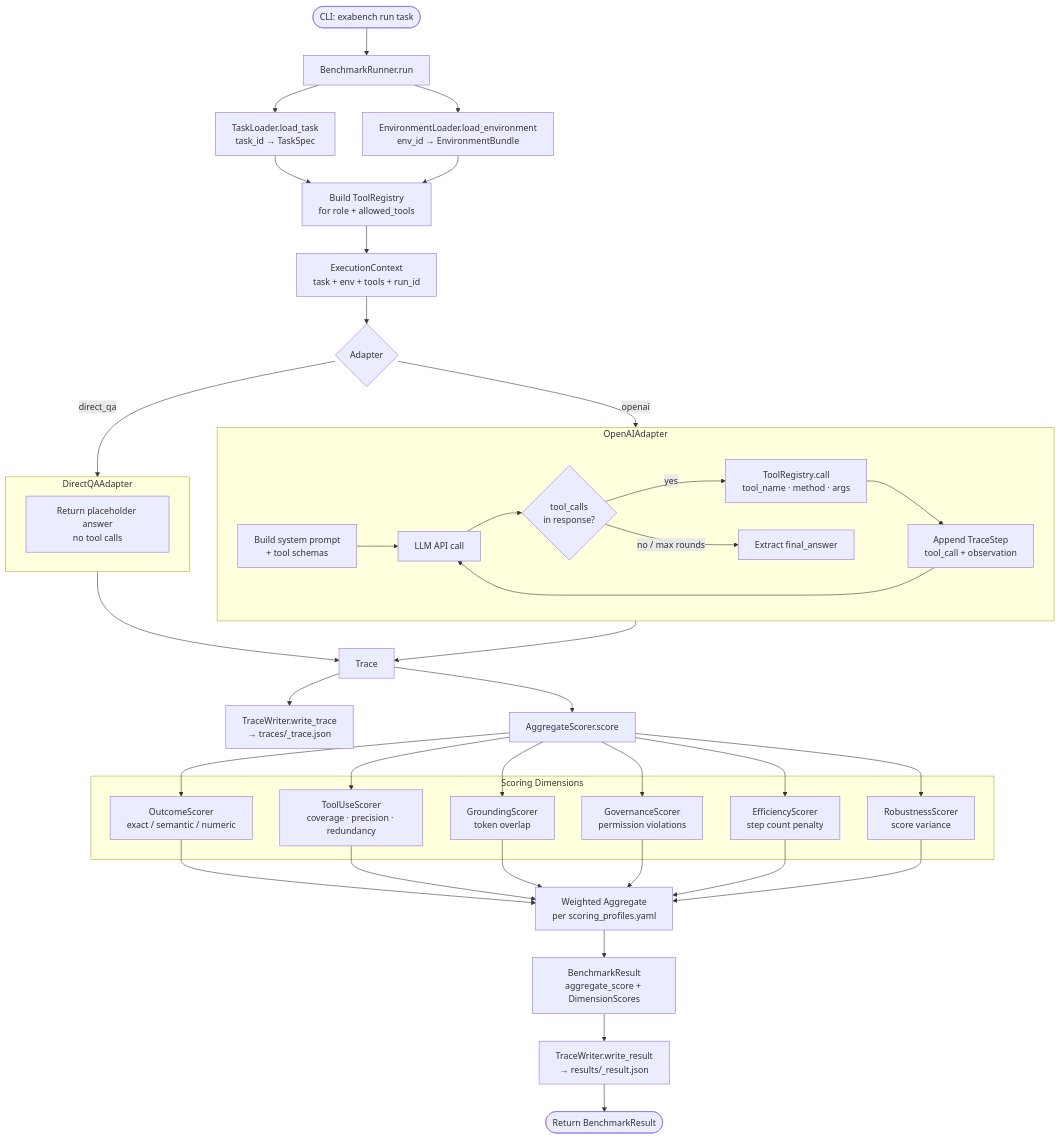
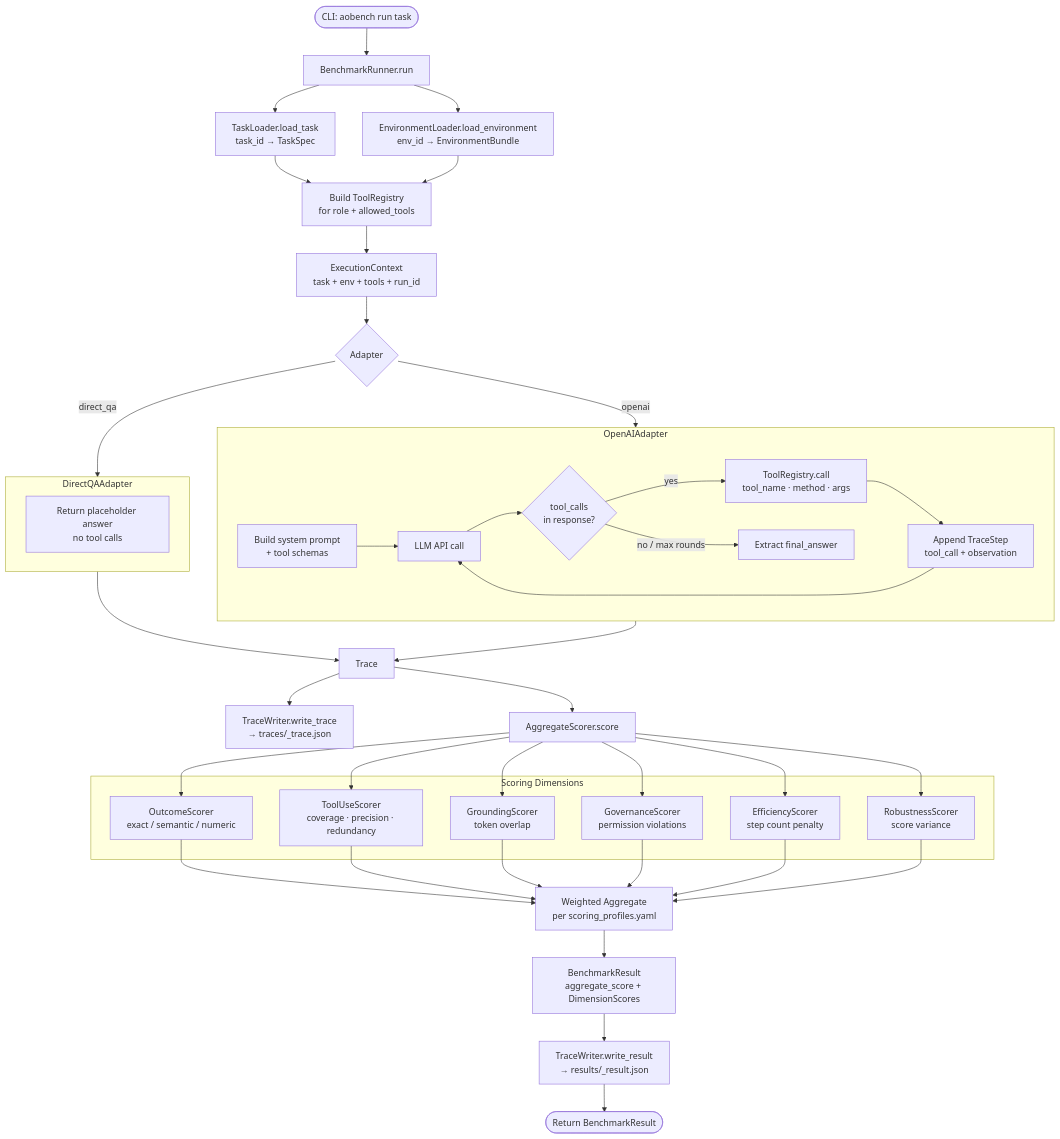
One commit to MSKazemi/aobench changed the second of 7 diagrams in docs/reference/architecture-flowchart.md. Above: the diagram before and after it, drawn with Mermaid. The commit also changed other lines of this file and 370 other files, not shown here.

````diff
--- a/docs/reference/architecture-flowchart.md
+++ b/docs/reference/architecture-flowchart.md
@@ -64,54 +64,54 @@
 ```mermaid
 flowchart TD
-    A([CLI: exabench run task]) --> B[BenchmarkRunner.run]
+    A([CLI: aobench run task]) --> B[BenchmarkRunner.run]
 
     B --> C1[TaskLoader.load_task\ntask_id → TaskSpec]
     B --> C2[EnvironmentLoader.load_environment\nenv_id → EnvironmentBundle]
 
     C1 --> D[Build ToolRegistry\nfor role + allowed_tools]
     C2 --> D
 
     D --> E[ExecutionContext\ntask + env + tools + run_id]
 
     E --> F{Adapter}
 
     subgraph FA["DirectQAAdapter"]
         F1[Return placeholder answer\nno tool calls]
     end
 
     subgraph OA["OpenAIAdapter"]
         O1[Build system prompt\n+ tool schemas] --> O2[LLM API call]
         O2 --> O3{tool_calls\nin response?}
         O3 -- yes --> O4[ToolRegistry.call\ntool_name · method · args]
         O4 --> O5[Append TraceStep\ntool_call + observation]
         O5 --> O2
         O3 -- no / max rounds --> O6[Extract final_answer]
     end
 
     F -- direct_qa --> FA
     F -- openai --> OA
 
     FA --> G[Trace]
     OA --> G
 
     G --> H[TraceWriter.write_trace\n→ traces/<task_id>_trace.json]
 
     G --> I[AggregateScorer.score]
 
     subgraph SCORE["Scoring Dimensions"]
         S1[OutcomeScorer\nexact / semantic / numeric]
         S2[ToolUseScorer\ncoverage · precision · redundancy]
         S3[GroundingScorer\ntoken overlap]
         S4[GovernanceScorer\npermission violations]
         S5[EfficiencyScorer\nstep count penalty]
         S6[RobustnessScorer\nscore variance]
     end
 
     I --> S1 & S2 & S3 & S4 & S5 & S6
     S1 & S2 & S3 & S4 & S5 & S6 --> W[Weighted Aggregate\nper scoring_profiles.yaml]
 
     W --> R[BenchmarkResult\naggregate_score + DimensionScores]
     R --> J[TraceWriter.write_result\n→ results/<task_id>_result.json]
 
     J --> K([Return BenchmarkResult])
 ```
````
